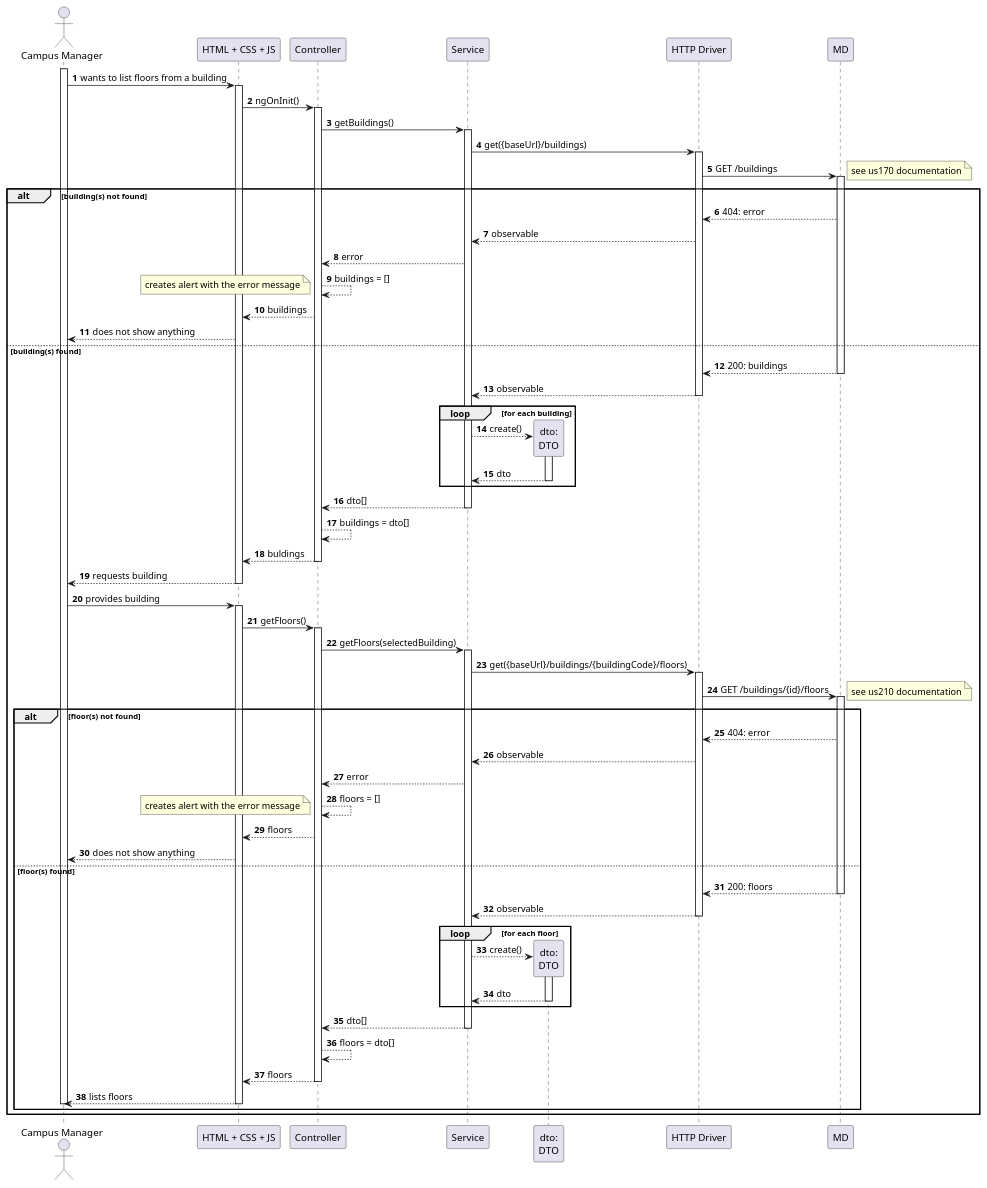
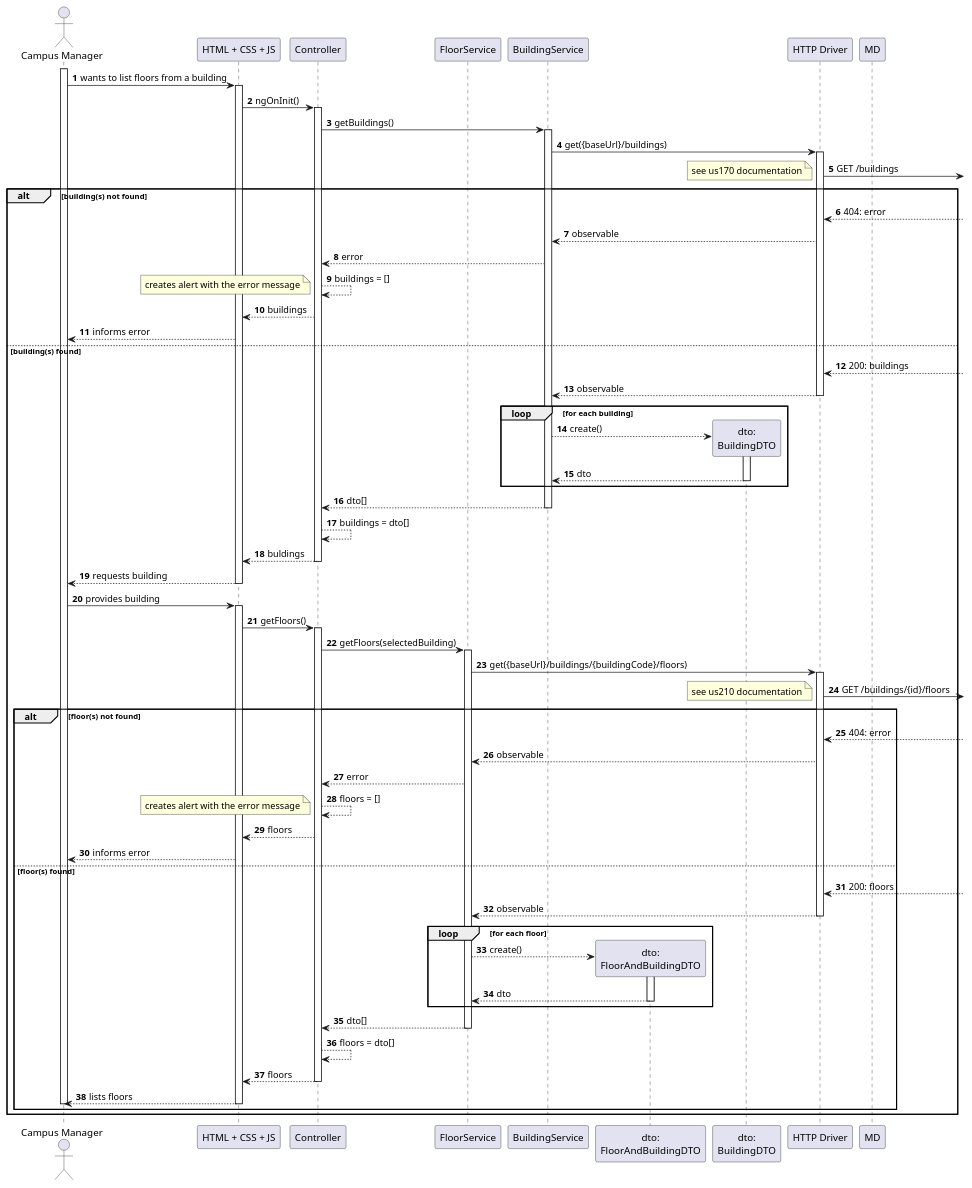
Before and after one commit to Departamento-de-Engenharia-Informatica/lapr5-23-24-g19: the diagram in docs/us1100/level3/process-view.puml, drawn with PlantUML. The commit also changed 5 other files, not shown here.

```diff
--- a/docs/us1100/level3/process-view.puml
+++ b/docs/us1100/level3/process-view.puml
@@ -1,109 +1,104 @@
 @startuml
 autonumber
 
 actor "Campus Manager" as usr
 
 participant "HTML + CSS + JS" as view
 participant "Controller" as ctrl
-participant "Service" as svc
-participant "dto:\nDTO" as dto
+participant "FloorService" as svc
+participant "BuildingService" as b_svc
+participant "dto:\nFloorAndBuildingDTO" as dto
+participant "dto:\nBuildingDTO" as b_dto
 
 participant "HTTP Driver" as http
 
 participant "MD" as md
 
 activate usr
     usr -> view : wants to list floors from a building
     activate view
         view -> ctrl : ngOnInit()
         activate ctrl
-            ctrl -> svc : getBuildings()
-            activate svc
-                svc -> http : get({baseUrl}/buildings)
+            ctrl -> b_svc : getBuildings()
+            activate b_svc
+                b_svc -> http : get({baseUrl}/buildings)
                 activate http
-                    http -> md : GET /buildings
-                    activate md
+                    http ->] : GET /buildings
                     note right : see us170 documentation
     alt building(s) not found
-                        md --> http : 404: error
-                        http --> svc : observable
-                        svc --> ctrl : error
-                        ctrl --> ctrl : buildings = []
-                        note bottom : creates alert with the error message
-                        ctrl --> view : buildings
-                        view --> usr : does not show anything
+                    http <--] : 404: error
+                    http --> b_svc : observable
+                    b_svc --> ctrl : error
+                    ctrl --> ctrl : buildings = []
+                    note bottom : creates alert with the error message
+                    ctrl --> view : buildings
+                    view --> usr : informs error
 
     else building(s) found
-                        md --> http : 200: buildings
-                    deactivate md
-
-                    http --> svc : observable
+                    http <--] : 200: buildings
+                    http --> b_svc : observable
                 deactivate http
 
                 loop for each building
-                    svc --> dto** : create()
-                    activate dto
-                        dto --> svc : dto
-                    deactivate dto
+                    b_svc --> b_dto** : create()
+                    activate b_dto
+                        b_dto --> b_svc : dto
+                    deactivate b_dto
                 end
 
-                svc --> ctrl : dto[]
-            deactivate svc
+                b_svc --> ctrl : dto[]
+            deactivate b_svc
             ctrl --> ctrl : buildings = dto[]
             ctrl --> view : buldings
         deactivate ctrl
 
 
 
 
 
         view --> usr : requests building
     deactivate view
 
     usr -> view : provides building
     activate view
         view -> ctrl : getFloors()
         activate ctrl
             ctrl -> svc : getFloors(selectedBuilding)
             activate svc
                 svc -> http : get({baseUrl}/buildings/{buildingCode}/floors)
                 activate http
-                    http -> md : GET /buildings/{id}/floors
-                    activate md
+                    http ->] : GET /buildings/{id}/floors
                     note right : see us210 documentation
     alt floor(s) not found
-                        md --> http : 404: error
-                        http --> svc : observable
-                        svc --> ctrl : error
-                        ctrl --> ctrl : floors = []
-                        note bottom : creates alert with the error message
-                        ctrl --> view : floors
-                        view --> usr : does not show anything
-
+                    http <--] : 404: error
+                    http --> svc : observable
+                    svc --> ctrl : error
+                    ctrl --> ctrl : floors = []
+                    note bottom : creates alert with the error message
+                    ctrl --> view : floors
+                    view --> usr : informs error
     else floor(s) found
-                        md --> http : 200: floors
-                    deactivate md
-
+                    http <--] : 200: floors
                     http --> svc : observable
                 deactivate http
 
                 loop for each floor
                     svc --> dto** : create()
                     activate dto
                         dto --> svc : dto
                     deactivate dto
                 end
 
                 svc --> ctrl : dto[]
             deactivate svc
             ctrl --> ctrl : floors = dto[]
             ctrl --> view : floors
         deactivate ctrl
         view --> usr : lists floors
     deactivate view
 deactivate usr
 
 end
 end
 
 @enduml
```
